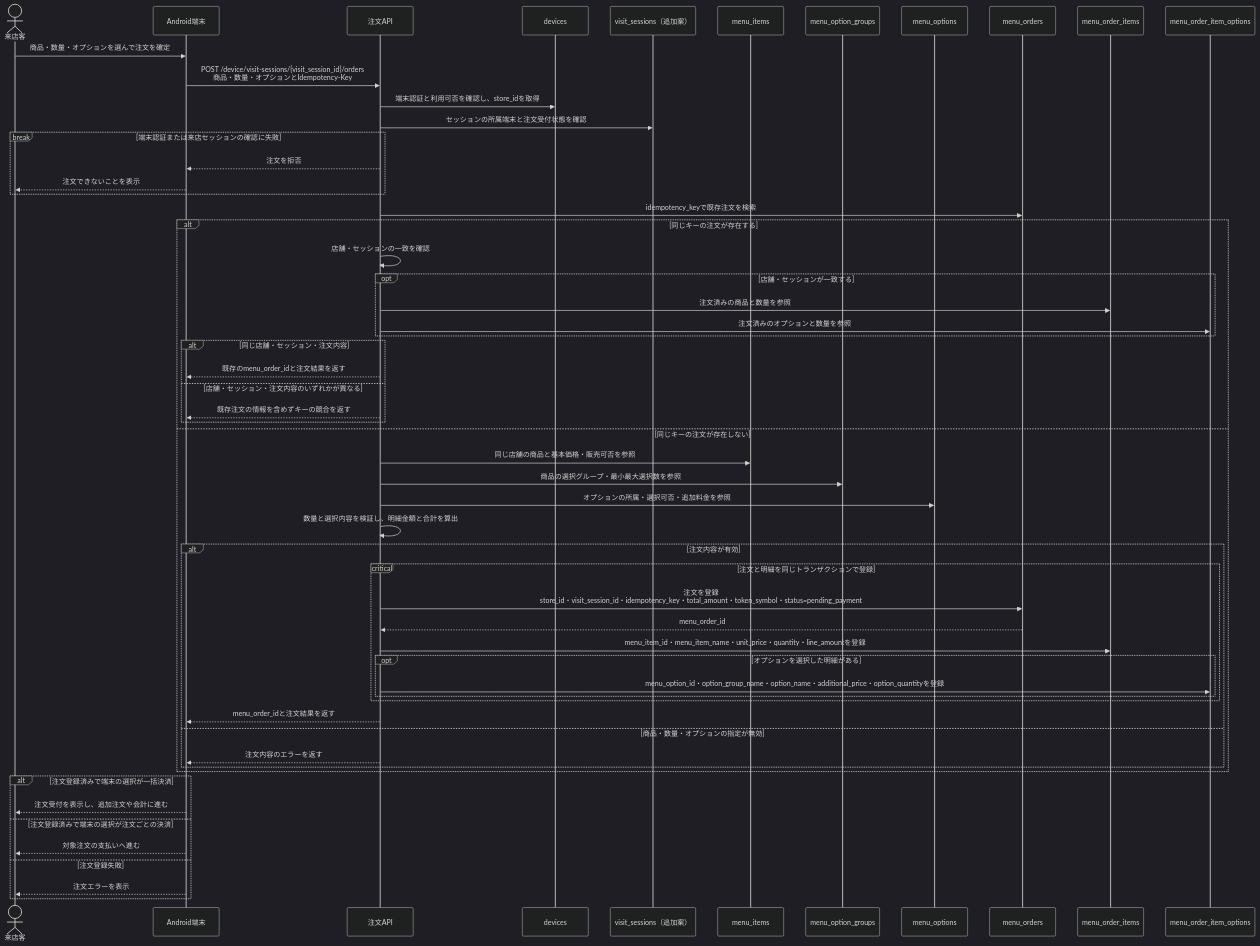
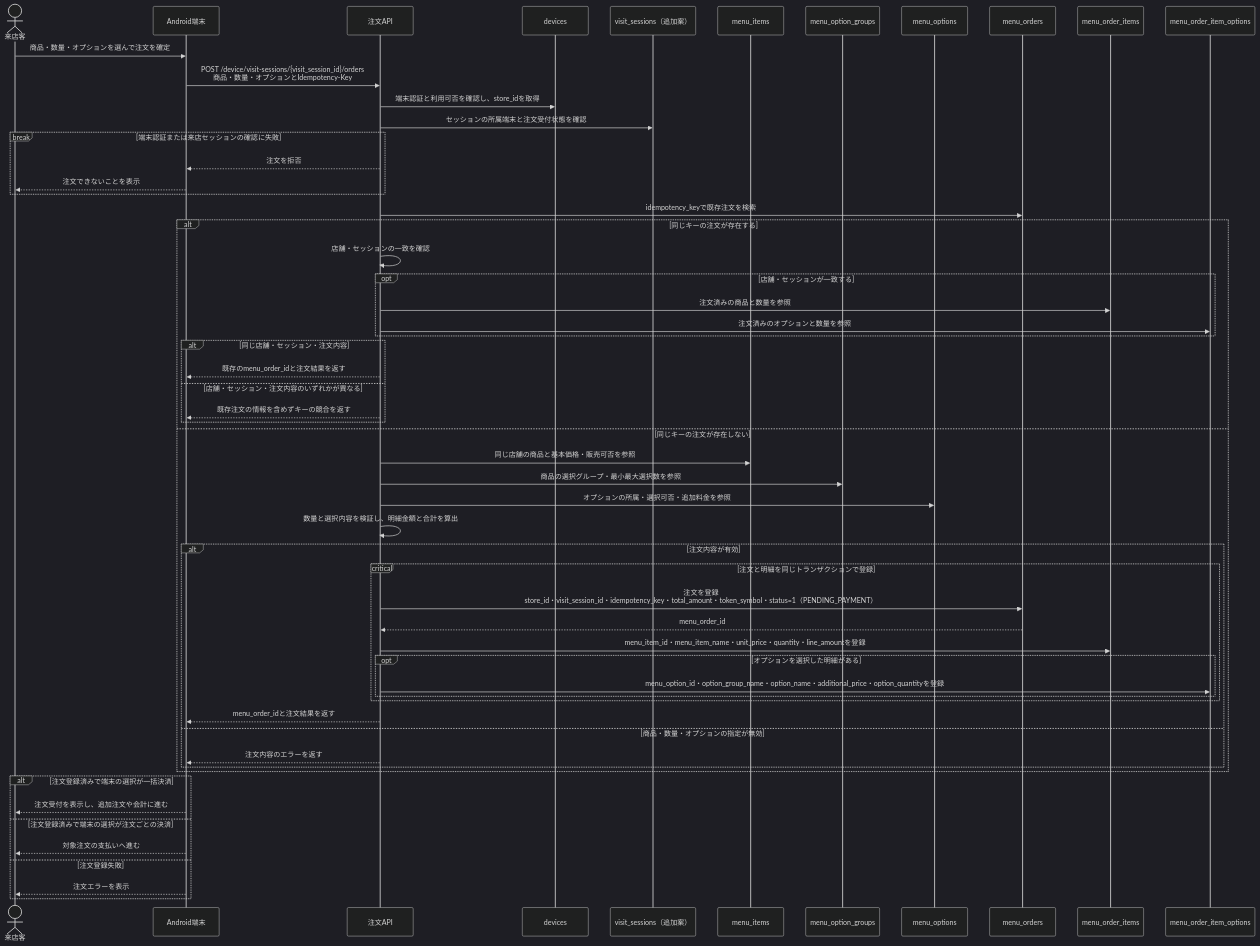
One commit to terao06/teraid-pay-api changed the fourth of 8 diagrams in docs/メニューオーダーフロー.md. Above: the diagram before and after it, drawn with Mermaid (dark theme). The commit also changed other lines of this file and 22 other files, not shown here.

````diff
--- a/docs/メニューオーダーフロー.md
+++ b/docs/メニューオーダーフロー.md
@@ -169,62 +169,62 @@
 ```mermaid
 sequenceDiagram
     actor Guest as 来店客
     participant Device as Android端末
     participant API as 注文API
     participant Devices as devices
     participant Visits as visit_sessions（追加案）
     participant Items as menu_items
     participant Groups as menu_option_groups
     participant Options as menu_options
     participant Orders as menu_orders
     participant OrderItems as menu_order_items
     participant OrderOptions as menu_order_item_options
 
     Guest->>Device: 商品・数量・オプションを選んで注文を確定
     Device->>API: POST /device/visit-sessions/{visit_session_id}/orders<br/>商品・数量・オプションとIdempotency-Key
     API->>Devices: 端末認証と利用可否を確認し、store_idを取得
     API->>Visits: セッションの所属端末と注文受付状態を確認
     break 端末認証または来店セッションの確認に失敗
         API-->>Device: 注文を拒否
         Device-->>Guest: 注文できないことを表示
     end
 
     API->>Orders: idempotency_keyで既存注文を検索
     alt 同じキーの注文が存在する
         API->>API: 店舗・セッションの一致を確認
         opt 店舗・セッションが一致する
             API->>OrderItems: 注文済みの商品と数量を参照
             API->>OrderOptions: 注文済みのオプションと数量を参照
         end
         alt 同じ店舗・セッション・注文内容
             API-->>Device: 既存のmenu_order_idと注文結果を返す
         else 店舗・セッション・注文内容のいずれかが異なる
             API-->>Device: 既存注文の情報を含めずキーの競合を返す
         end
     else 同じキーの注文が存在しない
         API->>Items: 同じ店舗の商品と基本価格・販売可否を参照
         API->>Groups: 商品の選択グループ・最小最大選択数を参照
         API->>Options: オプションの所属・選択可否・追加料金を参照
         API->>API: 数量と選択内容を検証し、明細金額と合計を算出
         alt 注文内容が有効
             critical 注文と明細を同じトランザクションで登録
-                API->>Orders: 注文を登録<br/>store_id・visit_session_id・idempotency_key・total_amount・token_symbol・status=pending_payment
+                API->>Orders: 注文を登録<br/>store_id・visit_session_id・idempotency_key・total_amount・token_symbol・status=1（PENDING_PAYMENT）
                 Orders-->>API: menu_order_id
                 API->>OrderItems: menu_item_id・menu_item_name・unit_price・quantity・line_amountを登録
                 opt オプションを選択した明細がある
                     API->>OrderOptions: menu_option_id・option_group_name・option_name・additional_price・option_quantityを登録
                 end
             end
             API-->>Device: menu_order_idと注文結果を返す
         else 商品・数量・オプションの指定が無効
             API-->>Device: 注文内容のエラーを返す
         end
     end
     alt 注文登録済みで端末の選択が一括決済
         Device-->>Guest: 注文受付を表示し、追加注文や会計に進む
     else 注文登録済みで端末の選択が注文ごとの決済
         Device-->>Guest: 対象注文の支払いへ進む
     else 注文登録失敗
         Device-->>Guest: 注文エラーを表示
     end
 ```
````
